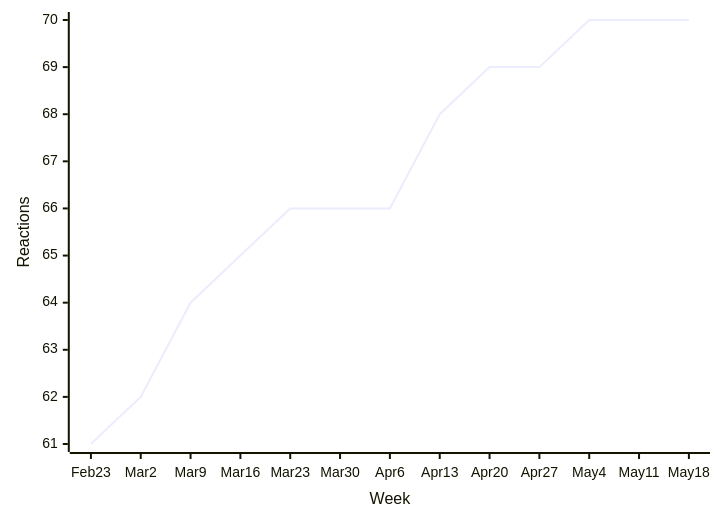
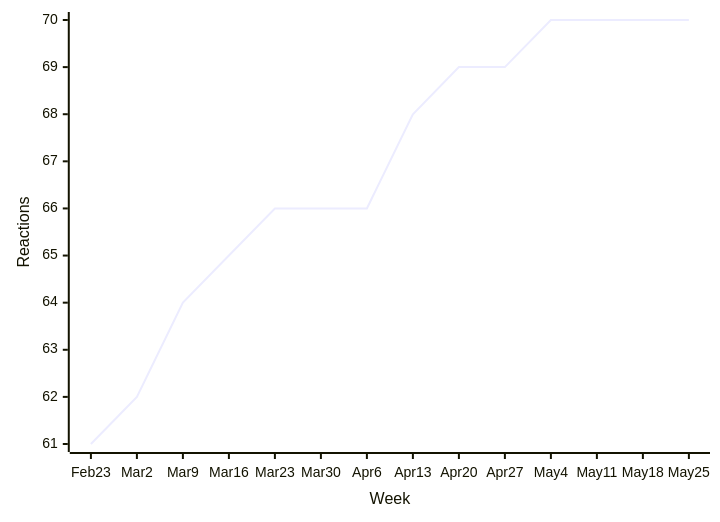
One commit to loic-sharma/github-insights changed diagram 13 of 49 in README.md. Above: the diagram before and after it, drawn with Mermaid. The commit also changed other lines of this file and 3 other files, not shown here.

````diff
--- a/README.md
+++ b/README.md
@@ -543,6 +543,6 @@
   ```mermaid
   xychart-beta
-    x-axis "Week" [Feb 23, Mar 2, Mar 9, Mar 16, Mar 23, Mar 30, Apr 6, Apr 13, Apr 20, Apr 27, May 4, May 11, May 18]
+    x-axis "Week" [Feb 23, Mar 2, Mar 9, Mar 16, Mar 23, Mar 30, Apr 6, Apr 13, Apr 20, Apr 27, May 4, May 11, May 18, May 25]
     y-axis "Reactions"
-    line [61, 62, 64, 65, 66, 66, 66, 68, 69, 69, 70, 70, 70]
+    line [61, 62, 64, 65, 66, 66, 66, 68, 69, 69, 70, 70, 70, 70]
   ```
````
